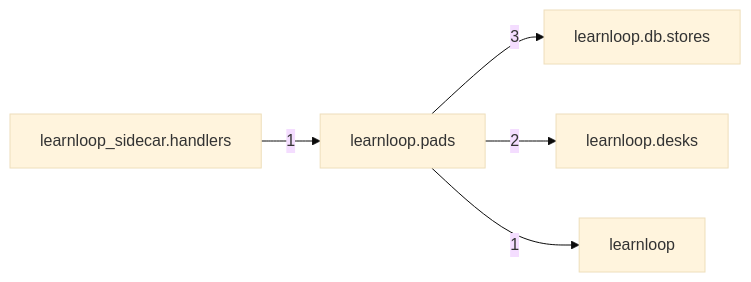
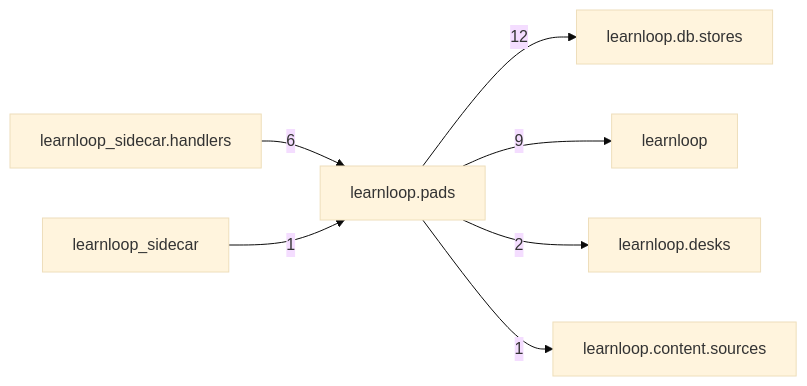
The diagram in docs/learnloop-architecture-vault/Reference/Modules/learnloop/pads/_package.md (6up-b/learnanything), drawn with Mermaid (base theme) before and after one commit. The commit also changed other lines of this file and 89 other files, not shown here.

````diff
--- a/docs/learnloop-architecture-vault/Reference/Modules/learnloop/pads/_package.md
+++ b/docs/learnloop-architecture-vault/Reference/Modules/learnloop/pads/_package.md
@@ -65,12 +79,16 @@
 ```mermaid
 flowchart LR
     center["learnloop.pads"]
     n_learnloop_db_stores["learnloop.db.stores"]
-    n_learnloop_desks["learnloop.desks"]
     n_learnloop["learnloop"]
     n_learnloop_sidecar_handlers["learnloop_sidecar.handlers"]
-    center -->|3| n_learnloop_db_stores
+    n_learnloop_desks["learnloop.desks"]
+    n_learnloop_content_sources["learnloop.content.sources"]
+    n_learnloop_sidecar["learnloop_sidecar"]
+    center -->|12| n_learnloop_db_stores
+    center -->|9| n_learnloop
+    n_learnloop_sidecar_handlers -->|6| center
     center -->|2| n_learnloop_desks
-    center -->|1| n_learnloop
-    n_learnloop_sidecar_handlers -->|1| center
+    center -->|1| n_learnloop_content_sources
+    n_learnloop_sidecar -->|1| center
 ```
````
